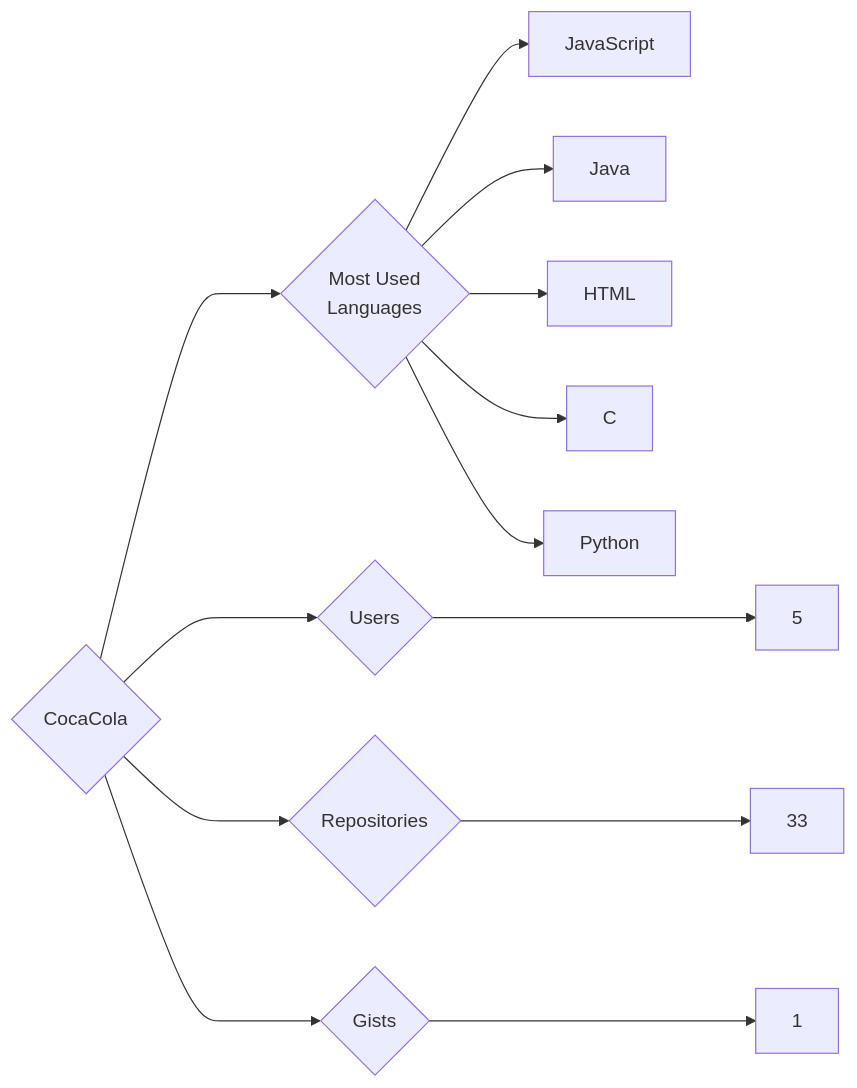
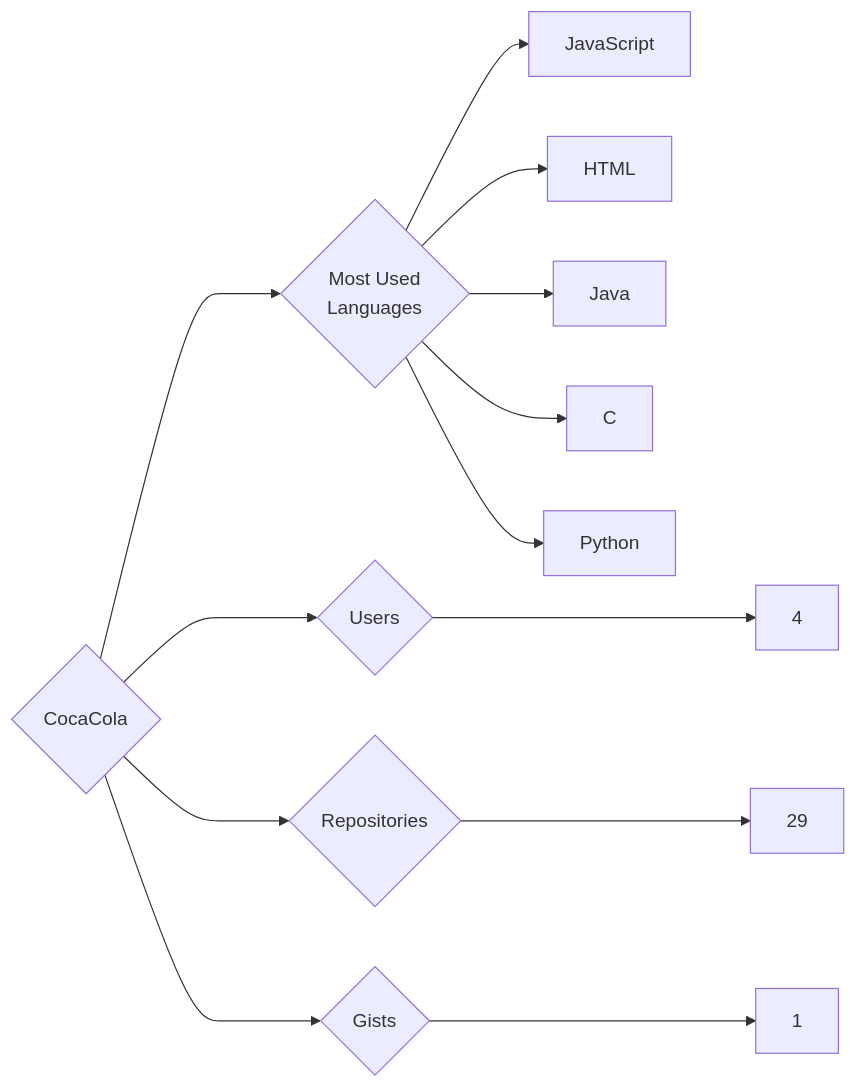
Before and after one commit to trickest/insiders: the diagram in targets/CocaCola/README.md, drawn with Mermaid. The commit also changed 640 other files, not shown here.

````diff
--- a/targets/CocaCola/README.md
+++ b/targets/CocaCola/README.md
@@ -3,13 +3,13 @@
 ```mermaid
 graph LR
 COMPANY_NAME{CocaCola}
-COMPANY_NAME ---> U{Users} ---> UN[5]
-COMPANY_NAME ---> R{Repositories} ---> RN[33]
+COMPANY_NAME ---> U{Users} ---> UN[4]
+COMPANY_NAME ---> R{Repositories} ---> RN[29]
 COMPANY_NAME ---> G{Gists} ---> GN[1]
 COMPANY_NAME ---> ML{Most Used<br>Languages}
 ML --> JavaScript[JavaScript]
+ML --> HTML[HTML]
 ML --> Java[Java]
-ML --> HTML[HTML]
 ML --> C[C]
 ML --> Python[Python]
 ```
````
